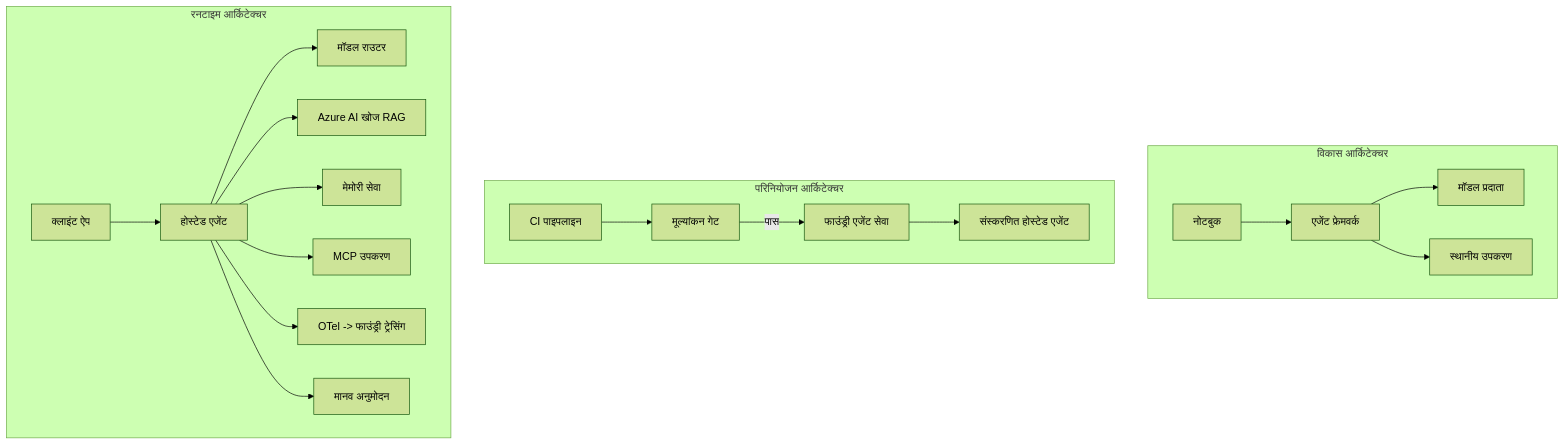
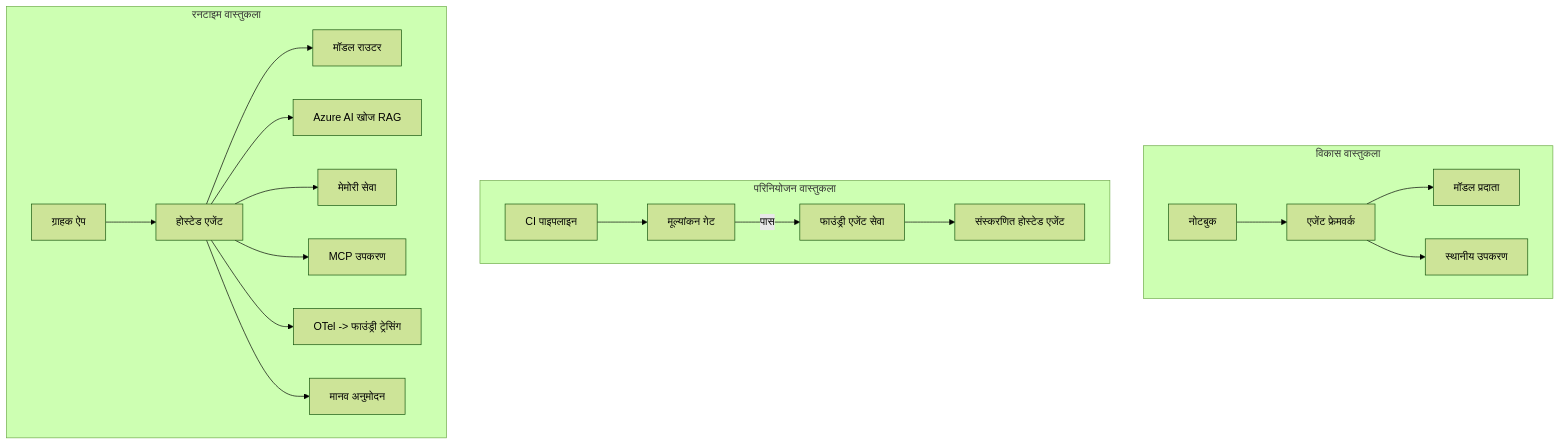
Before and after one commit to gabrielmoreira/agent-skills-mirror: the fourth of 4 diagrams in mirrors/repos/microsoft@ai-agents-for-beginners/translations/hi/16-deploying-scalable-agents/README.md, drawn with Mermaid (forest theme). The commit also changed other lines of this file and 3581 other files, not shown here.

````diff
--- a/mirrors/repos/microsoft@ai-agents-for-beginners/translations/hi/16-deploying-scalable-agents/README.md
+++ b/mirrors/repos/microsoft@ai-agents-for-beginners/translations/hi/16-deploying-scalable-agents/README.md
@@ -185,22 +185,22 @@
 ```mermaid
 flowchart TB
-    subgraph Dev[विकास आर्किटेक्चर]
+    subgraph Dev[विकास वास्तुकला]
         D1[नोटबुक] --> D2[एजेंट फ्रेमवर्क]
         D2 --> D3[मॉडल प्रदाता]
         D2 --> D4[स्थानीय उपकरण]
     end
-    subgraph Deploy[परिनियोजन आर्किटेक्चर]
+    subgraph Deploy[परिनियोजन वास्तुकला]
         E1[CI पाइपलाइन] --> E2[मूल्यांकन गेट]
         E2 -->|पास| E3[फाउंड्री एजेंट सेवा]
         E3 --> E4[संस्करणित होस्टेड एजेंट]
     end
-    subgraph Run[रनटाइम आर्किटेक्चर]
-        F1[क्लाइंट ऐप] --> F2[होस्टेड एजेंट]
+    subgraph Run[रनटाइम वास्तुकला]
+        F1[ग्राहक ऐप] --> F2[होस्टेड एजेंट]
         F2 --> F3[मॉडल राउटर]
         F2 --> F4[Azure AI खोज RAG]
         F2 --> F5[मेमोरी सेवा]
         F2 --> F6[MCP उपकरण]
         F2 --> F7[OTel -> फाउंड्री ट्रेसिंग]
         F2 --> F8[मानव अनुमोदन]
     end
 ```
````
